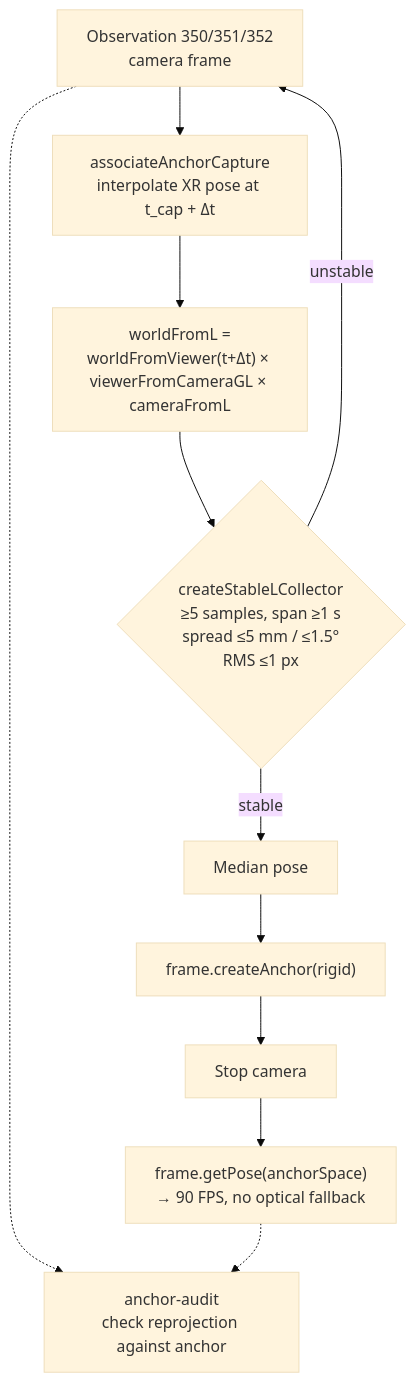
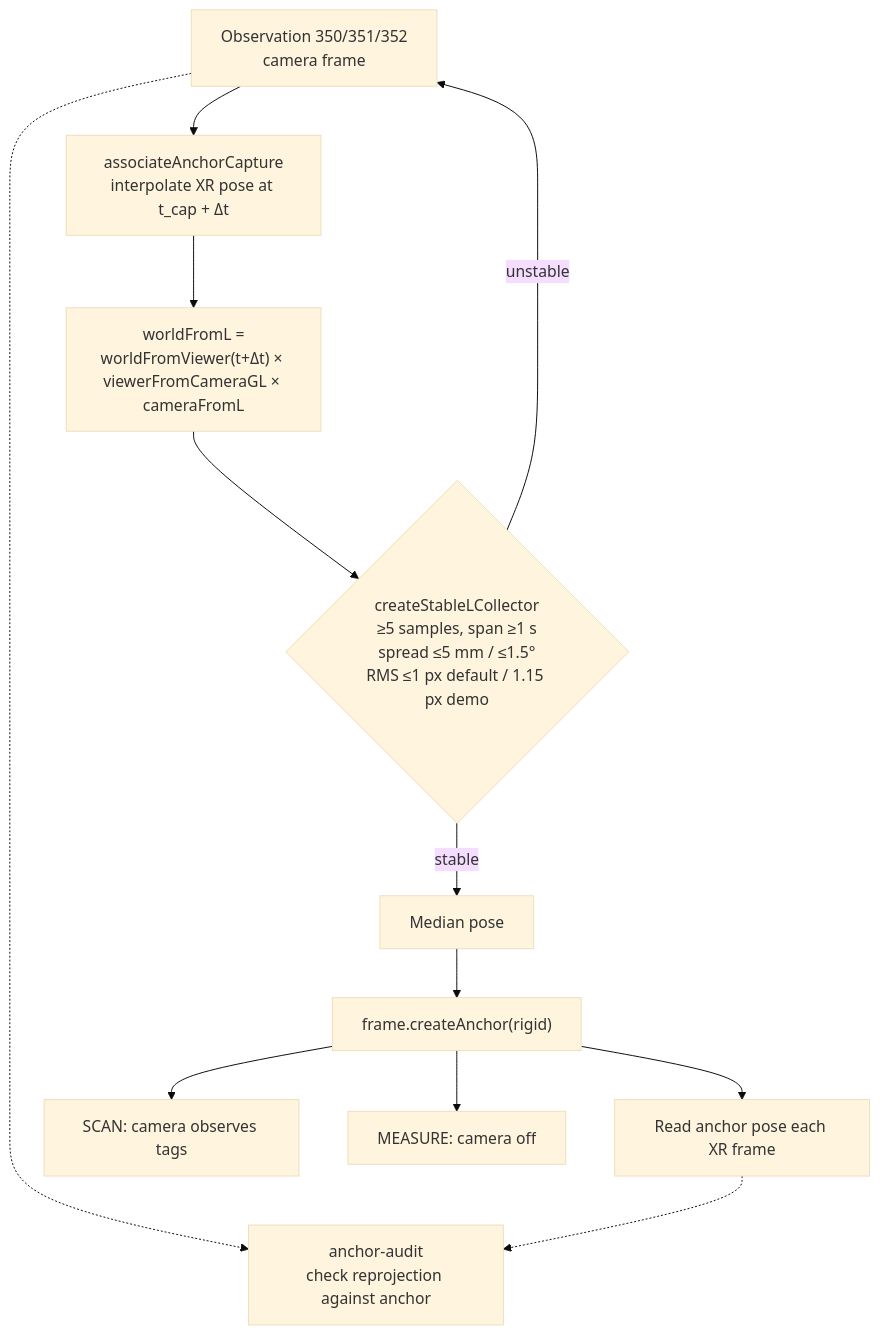
One commit to PiMaV/Quest3-WebXR-AprilTag changed the diagram in docs/diagrams/02-origin-tracking.mmd. Above: the diagram before and after it, drawn with Mermaid (base theme). The commit also changed 54 other files, not shown here.

Commit message:
feat: calibrate Quest 3 in-view perimeter pruning, minimalist tag action pills, and Quarto paper/diagram updates

```diff
--- a/docs/diagrams/02-origin-tracking.mmd
+++ b/docs/diagrams/02-origin-tracking.mmd
@@ -1,11 +1,12 @@
 flowchart TD
   OBS["Observation 350/351/352<br/>camera frame"] --> ASSOC["associateAnchorCapture<br/>interpolate XR pose at t_cap + Δt"]
   ASSOC --> EQ["worldFromL =<br/>worldFromViewer(t+Δt) × viewerFromCameraGL × cameraFromL"]
-  EQ --> COL{"createStableLCollector<br/>≥5 samples, span ≥1 s<br/>spread ≤5 mm / ≤1.5°<br/>RMS ≤1 px"}
+  EQ --> COL{"createStableLCollector<br/>≥5 samples, span ≥1 s<br/>spread ≤5 mm / ≤1.5°<br/>RMS ≤1 px default / 1.15 px demo"}
   COL -- unstable --> OBS
   COL -- stable --> MED["Median pose"]
   MED --> ANC["frame.createAnchor(rigid)"]
-  ANC --> STOP["Stop camera"]
-  STOP --> POSE["frame.getPose(anchorSpace)<br/>→ 90 FPS, no optical fallback"]
+  ANC --> POSE["Read anchor pose each XR frame"]
+  ANC --> SCAN["SCAN: camera observes tags"]
+  ANC --> MEASURE["MEASURE: camera off"]
   OBS -.-> AUD["anchor-audit<br/>check reprojection against anchor"]
   POSE -.-> AUD
```
